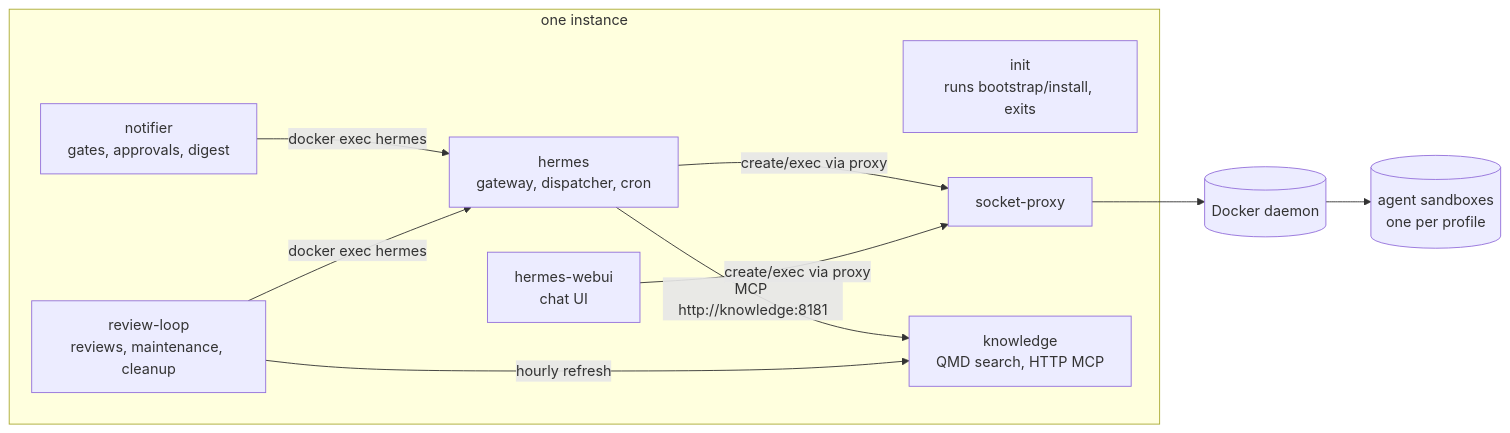
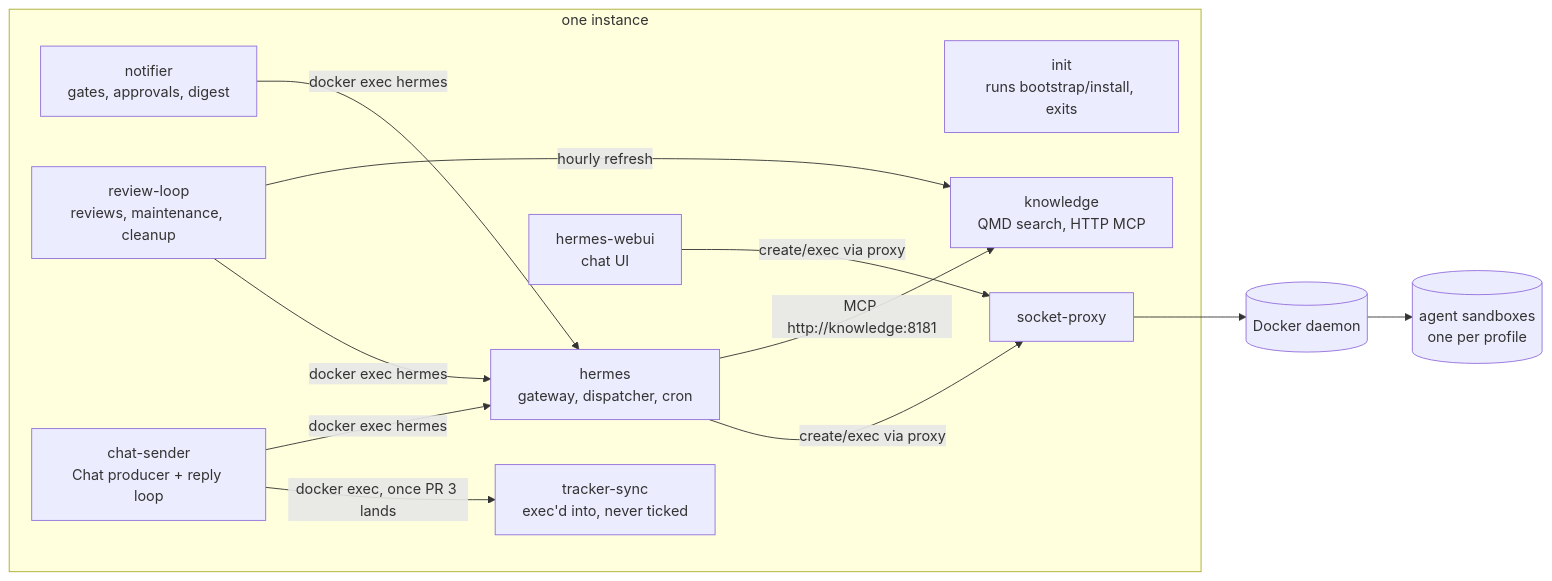
The diagram in docs/infrastructure.md (Zhachory1/ralph), drawn with Mermaid before and after one commit. The commit also changed other lines of this file and 8 other files, not shown here.

````diff
--- a/docs/infrastructure.md
+++ b/docs/infrastructure.md
@@ -40,21 +40,25 @@
 ```mermaid
 flowchart LR
     subgraph instance[one instance]
         init[init<br/>runs bootstrap/install, exits]
         hermes[hermes<br/>gateway, dispatcher, cron]
         webui[hermes-webui<br/>chat UI]
         notifier[notifier<br/>gates, approvals, digest]
         loop[review-loop<br/>reviews, maintenance, cleanup]
         proxy[socket-proxy]
         knowledge[knowledge<br/>QMD search, HTTP MCP]
+        chatsender[chat-sender<br/>Chat producer + reply loop]
+        trackersync[tracker-sync<br/>exec'd into, never ticked]
     end
     hermes -->|MCP http://knowledge:8181| knowledge
     loop -->|hourly refresh| knowledge
     sandbox[(agent sandboxes<br/>one per profile)]
     hermes -->|create/exec via proxy| proxy
     webui -->|create/exec via proxy| proxy
     proxy --> docker[(Docker daemon)]
     docker --> sandbox
     notifier -->|docker exec hermes| hermes
     loop -->|docker exec hermes| hermes
+    chatsender -->|docker exec hermes| hermes
+    chatsender -->|docker exec, once PR 3 lands| trackersync
 ```
````
